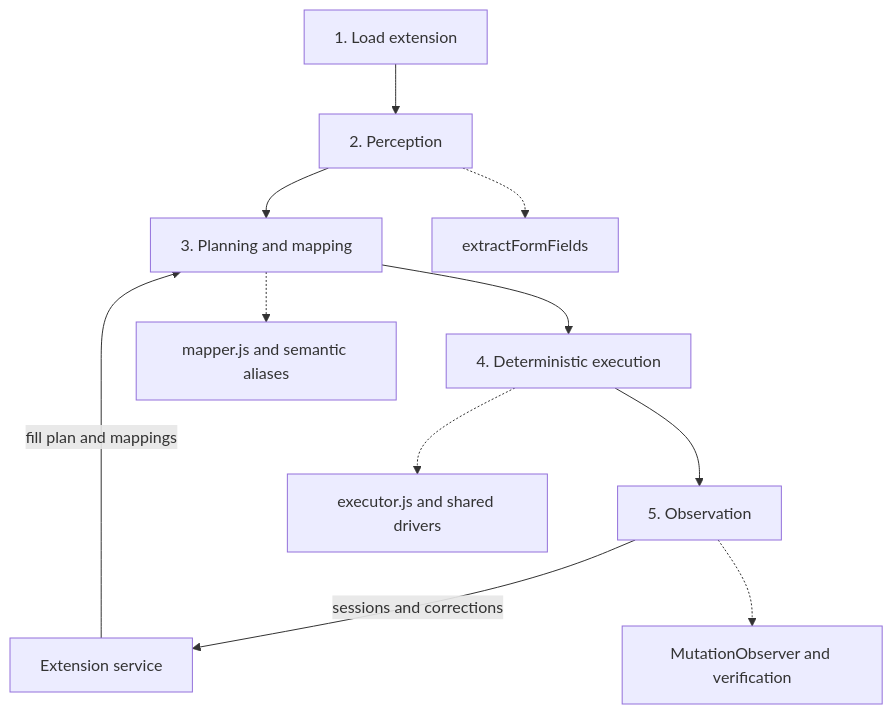
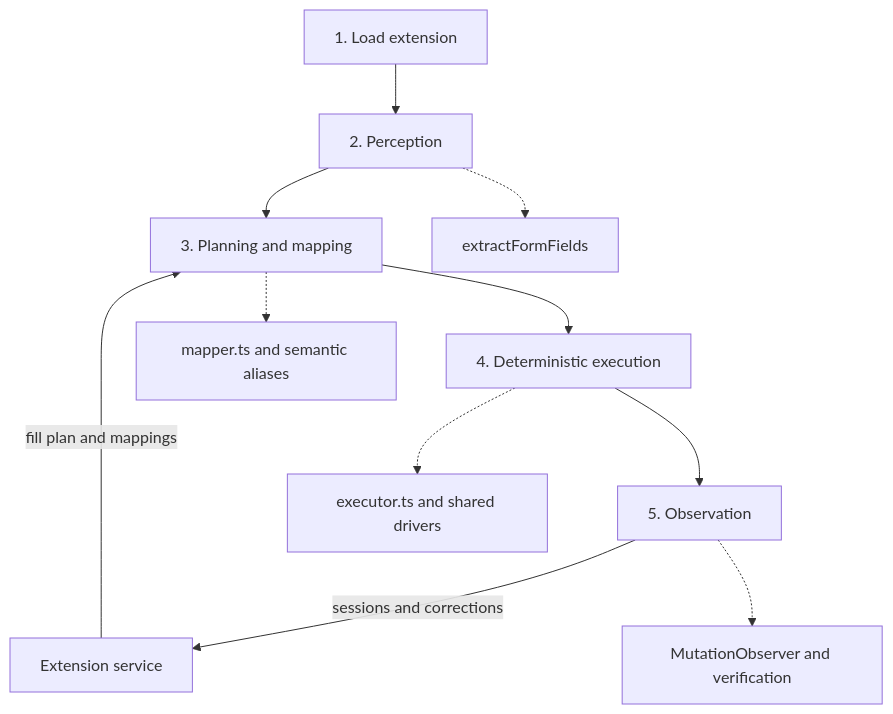
Before and after one commit to yashaswikaahuja/wa-drive: the second of 2 diagrams in extension-dev/docs/ARCHITECTURE_AUDIT.md, drawn with Mermaid. The commit also changed other lines of this file and 455 other files, not shown here.

````diff
--- a/extension-dev/docs/ARCHITECTURE_AUDIT.md
+++ b/extension-dev/docs/ARCHITECTURE_AUDIT.md
@@ -44,14 +44,14 @@
 ```mermaid
 flowchart TD
 	Load[1. Load extension] --> Perception[2. Perception]
 	Perception --> Planning[3. Planning and mapping]
 	Planning --> Execution[4. Deterministic execution]
 	Execution --> Observation[5. Observation]
 	Observation -->|sessions and corrections| Service[Extension service]
 	Service -->|fill plan and mappings| Planning
 
 	Perception -.-> Extractor[extractFormFields]
-	Planning -.-> Mapper[mapper.js and semantic aliases]
-	Execution -.-> Executor[executor.js and shared drivers]
+	Planning -.-> Mapper[mapper.ts and semantic aliases]
+	Execution -.-> Executor[executor.ts and shared drivers]
 	Observation -.-> Monitor[MutationObserver and verification]
 ```
````
